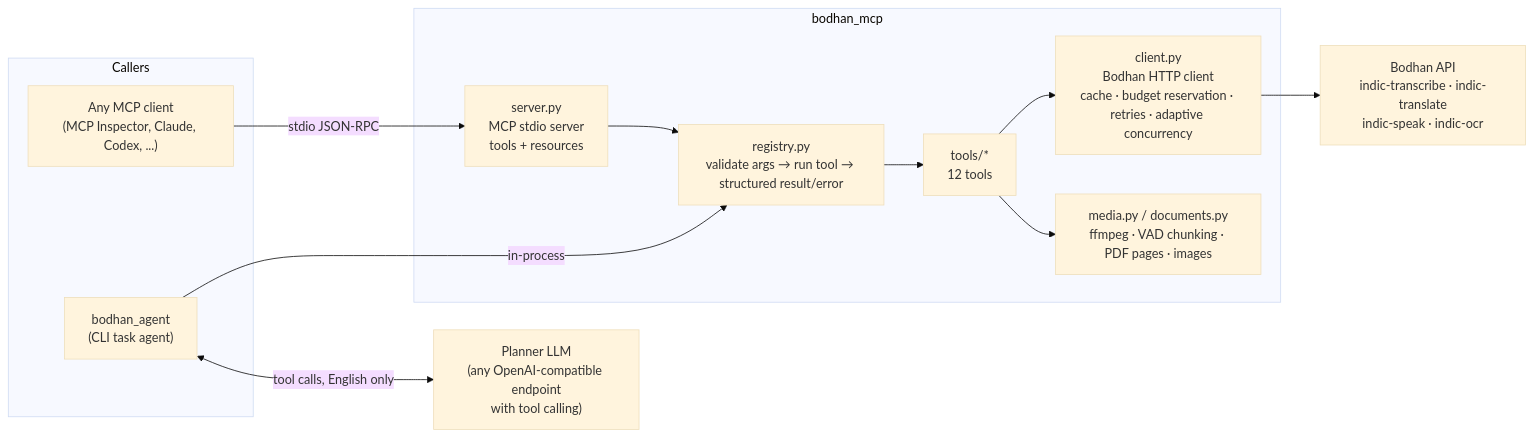
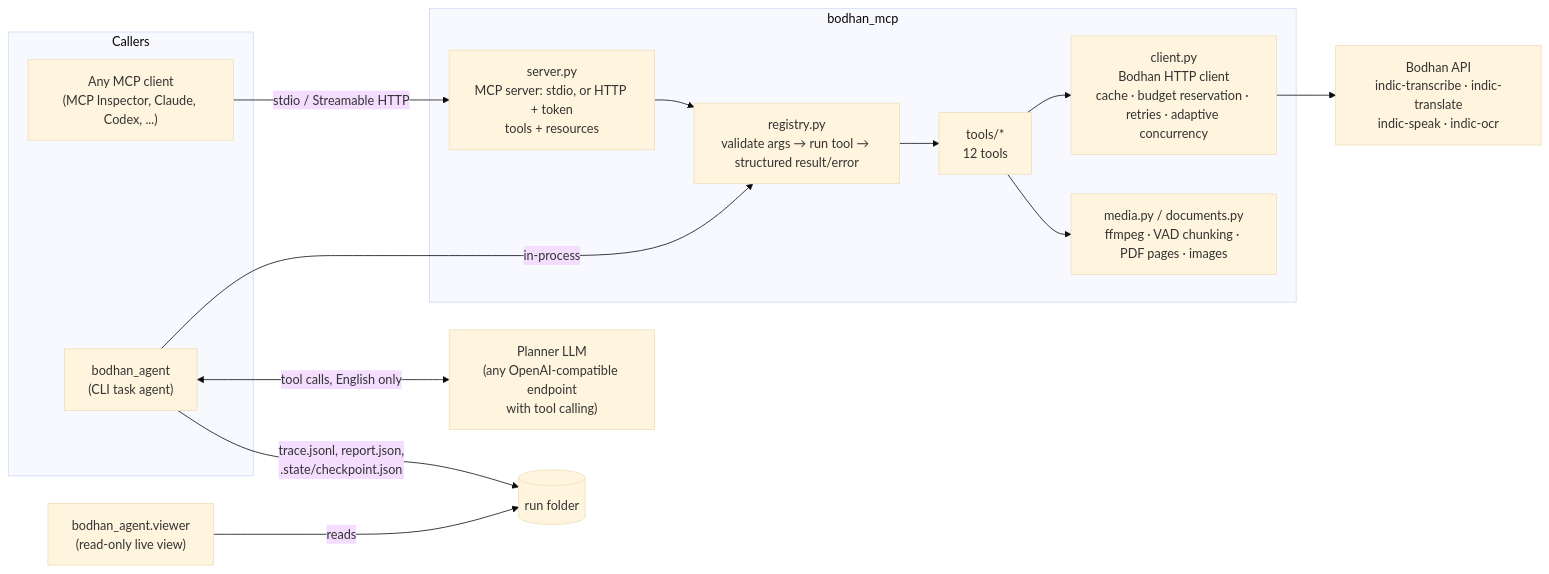
Before and after one commit to Bodhan-AI/Bodhan-AI-Cookbook: the first of 2 diagrams in examples/indic_task_agent/docs/design.md, drawn with Mermaid (base theme). The commit also changed other lines of this file and 2 other files, not shown here.

Commit message:
docs(indic_task_agent): document contracts, boundaries, resume, HTTP, viewer and stretch goals; correct timing and no-repeat claims

````diff
--- a/examples/indic_task_agent/docs/design.md
+++ b/examples/indic_task_agent/docs/design.md
@@ -9,21 +9,23 @@
 ```mermaid
 flowchart LR
     subgraph clients[Callers]
         A["bodhan_agent<br/>(CLI task agent)"]
         M["Any MCP client<br/>(MCP Inspector, Claude, Codex, ...)"]
     end
     subgraph server["bodhan_mcp"]
-        S["server.py<br/>MCP stdio server<br/>tools + resources"]
+        S["server.py<br/>MCP server: stdio, or HTTP + token<br/>tools + resources"]
         R["registry.py<br/>validate args → run tool → structured result/error"]
         T["tools/*<br/>12 tools"]
         C["client.py<br/>Bodhan HTTP client<br/>cache · budget reservation · retries · adaptive concurrency"]
         X["media.py / documents.py<br/>ffmpeg · VAD chunking · PDF pages · images"]
     end
     LLM["Planner LLM<br/>(any OpenAI-compatible endpoint<br/>with tool calling)"]
     B["Bodhan API<br/>indic-transcribe · indic-translate<br/>indic-speak · indic-ocr"]
-    M -- stdio JSON-RPC --> S --> R
+    M -- "stdio / Streamable HTTP" --> S --> R
     A -- in-process --> R
     A <-- tool calls, English only --> LLM
+    A -- "trace.jsonl, report.json,<br/>.state/checkpoint.json" --> F[("run folder")]
+    V["bodhan_agent.viewer<br/>(read-only live view)"] -- reads --> F
     R --> T --> C --> B
     T --> X
 ```
````
